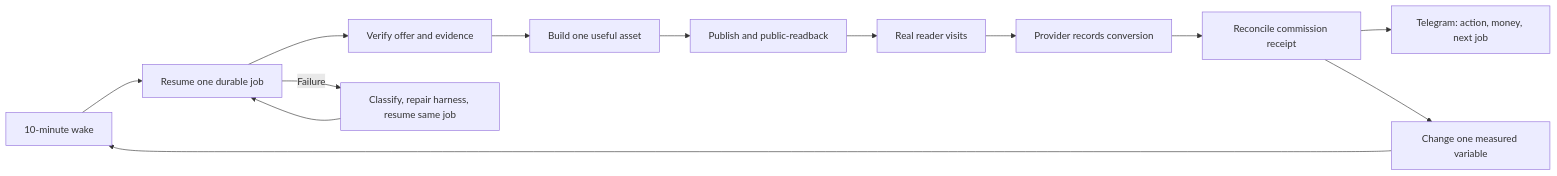
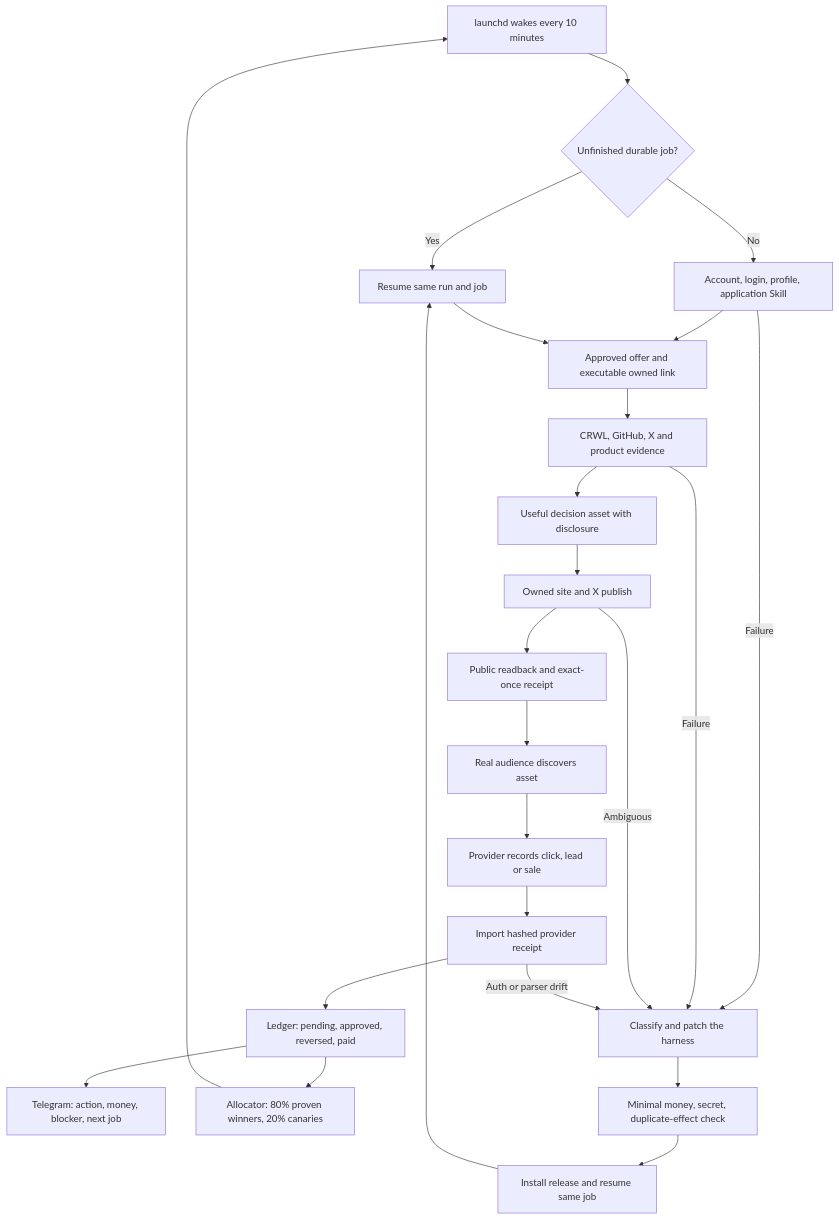
Before and after one commit to Daisuke134/anicca: the third of 7 diagrams in docs/affiliate-agent/AFFILIATE-AGENT-SSOT.md, drawn with Mermaid. The commit also changed other lines of this file, not shown here.

Commit message:
docs(affiliate): lock revenue loop architecture

````diff
--- a/docs/affiliate-agent/AFFILIATE-AGENT-SSOT.md
+++ b/docs/affiliate-agent/AFFILIATE-AGENT-SSOT.md
@@ -300,15 +300,26 @@
 ```mermaid
-flowchart LR
-  W[10-minute wake] --> J[Resume one durable job]
-  J --> O[Verify offer and evidence]
-  O --> A[Build one useful asset]
-  A --> P[Publish and public-readback]
-  P --> U[Real reader visits]
-  U --> C[Provider records conversion]
-  C --> R[Reconcile commission receipt]
-  R --> T[Telegram: action, money, next job]
-  R --> L[Change one measured variable]
-  L --> W
-  J -->|Failure| H[Classify, repair harness, resume same job]
-  H --> J
+flowchart TD
+  W[launchd wakes every 10 minutes] --> J{Unfinished durable job?}
+  J -->|Yes| RS[Resume same run and job]
+  J -->|No| AC[Account, login, profile, application Skill]
+  AC --> OF[Approved offer and executable owned link]
+  RS --> OF
+  OF --> EV[CRWL, GitHub, X and product evidence]
+  EV --> AS[Useful decision asset with disclosure]
+  AS --> PB[Owned site and X publish]
+  PB --> RD[Public readback and exact-once receipt]
+  RD --> AU[Real audience discovers asset]
+  AU --> PR[Provider records click, lead or sale]
+  PR --> MR[Import hashed provider receipt]
+  MR --> LD[Ledger: pending, approved, reversed, paid]
+  LD --> TG[Telegram: action, money, blocker, next job]
+  LD --> AL[Allocator: 80% proven winners, 20% canaries]
+  AL --> W
+  AC -->|Failure| FH[Classify and patch the harness]
+  EV -->|Failure| FH
+  PB -->|Ambiguous| FH
+  MR -->|Auth or parser drift| FH
+  FH --> CK[Minimal money, secret, duplicate-effect check]
+  CK --> IN[Install release and resume same job]
+  IN --> RS
 ```
````
